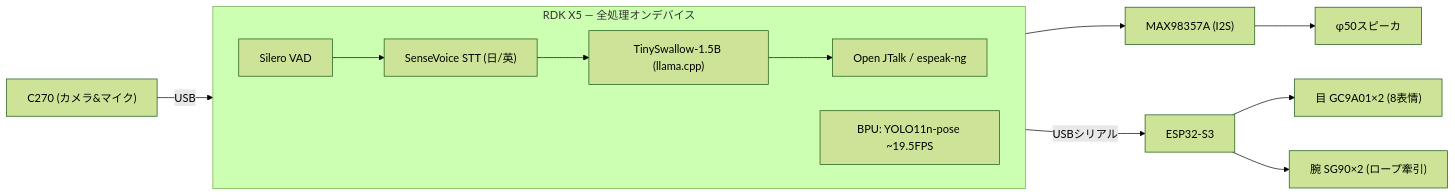
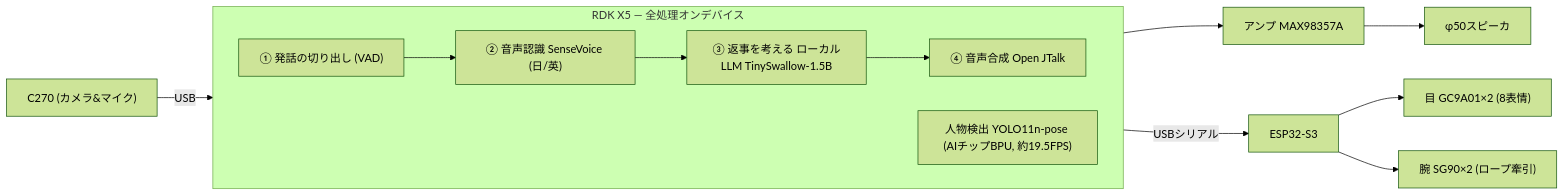
One commit to gurimaruking/corosuke-robot changed the diagram in docs/blog/intro_ja.md. Above: the diagram before and after it, drawn with Mermaid (forest theme). The commit also changed other lines of this file, not shown here.

````diff
--- a/docs/blog/intro_ja.md
+++ b/docs/blog/intro_ja.md
@@ -49,13 +56,13 @@
 ```mermaid
 flowchart LR
   CAM["C270 (カメラ&マイク)"] -->|USB| RDK
   subgraph RDK["RDK X5 — 全処理オンデバイス"]
     direction LR
-    VAD["Silero VAD"] --> STT["SenseVoice STT (日/英)"] --> LLM["TinySwallow-1.5B (llama.cpp)"] --> TTS["Open JTalk / espeak-ng"]
-    YOLO["BPU: YOLO11n-pose ~19.5FPS"]
+    VAD["① 発話の切り出し (VAD)"] --> STT["② 音声認識 SenseVoice (日/英)"] --> LLM["③ 返事を考える ローカルLLM TinySwallow-1.5B"] --> TTS["④ 音声合成 Open JTalk"]
+    YOLO["人物検出 YOLO11n-pose (AIチップBPU, 約19.5FPS)"]
   end
   RDK -->|"USBシリアル"| S3["ESP32-S3"]
   S3 --> EYES["目 GC9A01×2 (8表情)"]
   S3 --> ARMS["腕 SG90×2 (ロープ牽引)"]
-  TTS --> AMP["MAX98357A (I2S)"] --> SPK["φ50スピーカ"]
+  TTS --> AMP["アンプ MAX98357A"] --> SPK["φ50スピーカ"]
 ```
````
